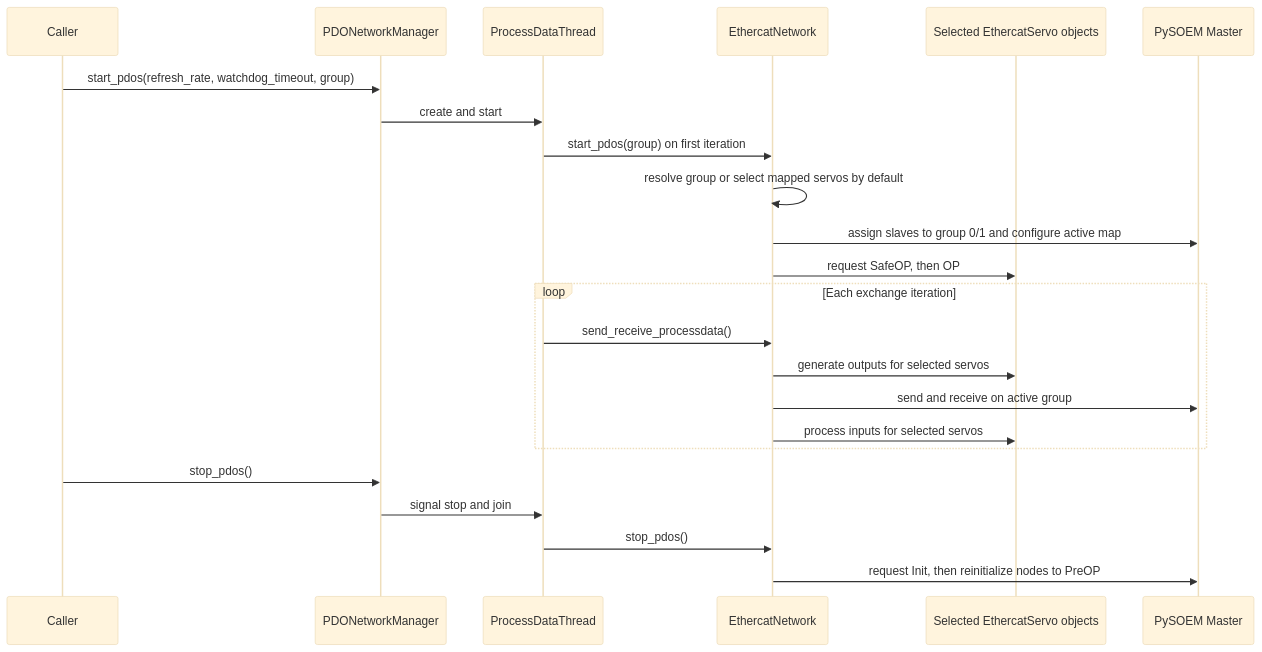
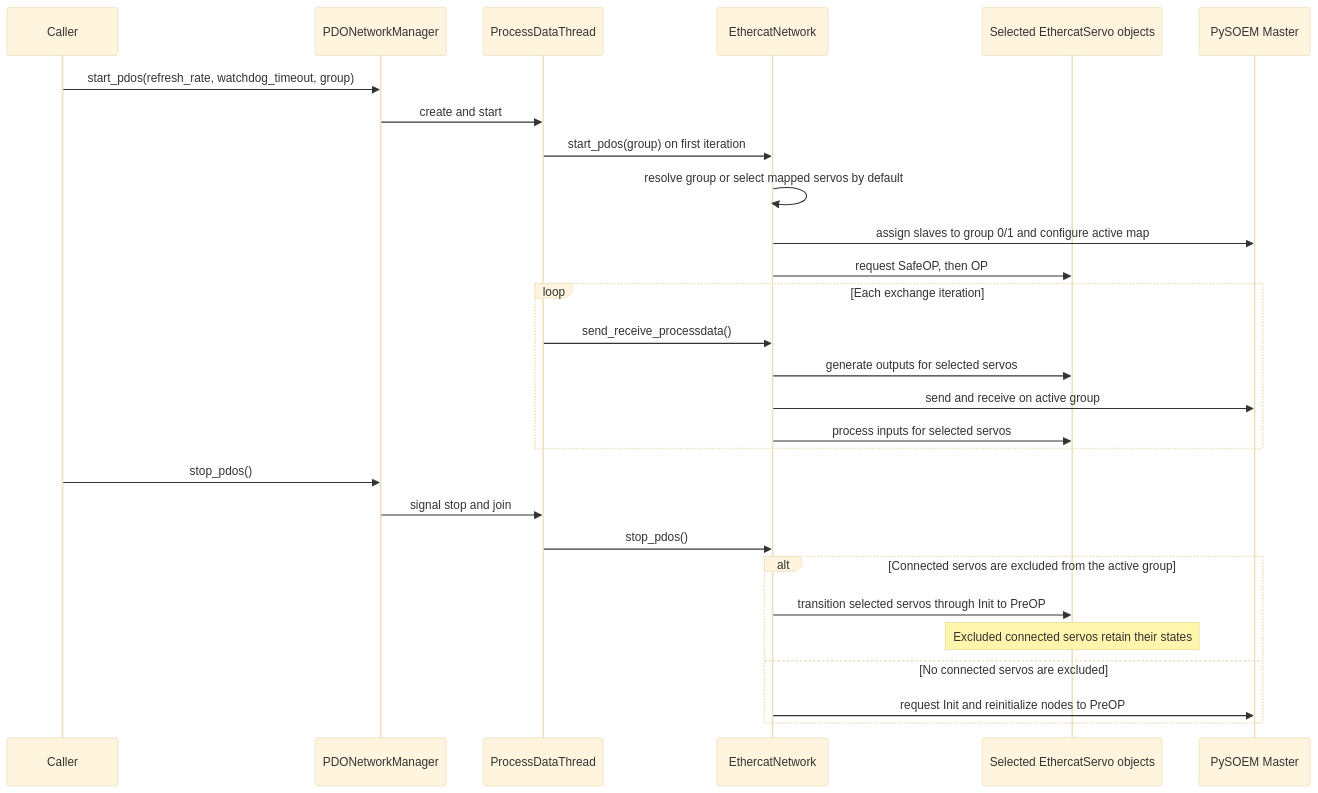
The second of 2 diagrams in tech_docs/ethercat-pdo-groups-and-lifecycle.md (ingeniamc/ingenialink-python), drawn with Mermaid (base theme) before and after one commit. The commit also changed other lines of this file, not shown here.

````diff
--- a/tech_docs/ethercat-pdo-groups-and-lifecycle.md
+++ b/tech_docs/ethercat-pdo-groups-and-lifecycle.md
@@ -134,26 +137,31 @@
 ```mermaid
 sequenceDiagram
   participant Caller
   participant Manager as PDONetworkManager
   participant Thread as ProcessDataThread
   participant Network as EthercatNetwork
   participant Servo as Selected EthercatServo objects
   participant Master as PySOEM Master
 
   Caller->>Manager: start_pdos(refresh_rate, watchdog_timeout, group)
   Manager->>Thread: create and start
   Thread->>Network: start_pdos(group) on first iteration
   Network->>Network: resolve group or select mapped servos by default
   Network->>Master: assign slaves to group 0/1 and configure active map
   Network->>Servo: request SafeOP, then OP
   loop Each exchange iteration
     Thread->>Network: send_receive_processdata()
     Network->>Servo: generate outputs for selected servos
     Network->>Master: send and receive on active group
     Network->>Servo: process inputs for selected servos
   end
   Caller->>Manager: stop_pdos()
   Manager->>Thread: signal stop and join
   Thread->>Network: stop_pdos()
-  Network->>Master: request Init, then reinitialize nodes to PreOP
+  alt Connected servos are excluded from the active group
+    Network->>Servo: transition selected servos through Init to PreOP
+    Note over Servo: Excluded connected servos retain their states
+  else No connected servos are excluded
+    Network->>Master: request Init and reinitialize nodes to PreOP
+  end
 ```
````
